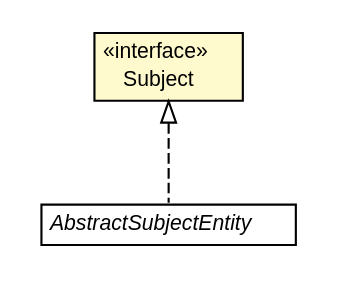
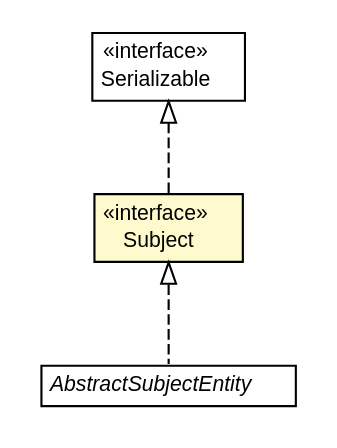
One commit to dayatang/dddlib changed the diagram in dddlib-observer/apidocs/org/dayatang/observer/Subject.dot. Above: the diagram before and after it, drawn with Graphviz. The commit also changed 113 other files, not shown here.

```diff
--- a/dddlib-observer/apidocs/org/dayatang/observer/Subject.dot
+++ b/dddlib-observer/apidocs/org/dayatang/observer/Subject.dot
@@ -1,27 +1,36 @@
 #!/usr/local/bin/dot
 #
 # Class diagram 
 # Generated by UMLGraph version R5_6_6-8-g8d7759 (http://www.umlgraph.org/)
 #
 
 digraph G {
 	edge [fontname="Helvetica",fontsize=10,labelfontname="Helvetica",labelfontsize=10];
 	node [fontname="Helvetica",fontsize=10,shape=plaintext];
 	nodesep=0.25;
 	ranksep=0.5;
 	// org.dayatang.observer.Subject
-	c24 [label=<<table title="org.dayatang.observer.Subject" border="0" cellborder="1" cellspacing="0" cellpadding="2" port="p" bgcolor="lemonChiffon" href="./Subject.html">
+	c17 [label=<<table title="org.dayatang.observer.Subject" border="0" cellborder="1" cellspacing="0" cellpadding="2" port="p" bgcolor="lemonChiffon" href="./Subject.html">
 		<tr><td><table border="0" cellspacing="0" cellpadding="1">
 <tr><td align="center" balign="center"> &#171;interface&#187; </td></tr>
 <tr><td align="center" balign="center"> Subject </td></tr>
 		</table></td></tr>
 		</table>>, URL="./Subject.html", fontname="Helvetica", fontcolor="black", fontsize=10.0];
 	// org.dayatang.observer.AbstractSubjectEntity
-	c26 [label=<<table title="org.dayatang.observer.AbstractSubjectEntity" border="0" cellborder="1" cellspacing="0" cellpadding="2" port="p" href="./AbstractSubjectEntity.html">
+	c19 [label=<<table title="org.dayatang.observer.AbstractSubjectEntity" border="0" cellborder="1" cellspacing="0" cellpadding="2" port="p" href="./AbstractSubjectEntity.html">
 		<tr><td><table border="0" cellspacing="0" cellpadding="1">
 <tr><td align="center" balign="center"><font face="Helvetica-Oblique"> AbstractSubjectEntity </font></td></tr>
 		</table></td></tr>
 		</table>>, URL="./AbstractSubjectEntity.html", fontname="Helvetica", fontcolor="black", fontsize=10.0];
+	//org.dayatang.observer.Subject implements java.io.Serializable
+	c20:p -> c17:p [dir=back,arrowtail=empty,style=dashed];
 	//org.dayatang.observer.AbstractSubjectEntity implements org.dayatang.observer.Subject
-	c24:p -> c26:p [dir=back,arrowtail=empty,style=dashed];
+	c17:p -> c19:p [dir=back,arrowtail=empty,style=dashed];
+	// java.io.Serializable
+	c20 [label=<<table title="java.io.Serializable" border="0" cellborder="1" cellspacing="0" cellpadding="2" port="p" href="http://download.oracle.com/javase/7/docs/api/java/io/Serializable.html">
+		<tr><td><table border="0" cellspacing="0" cellpadding="1">
+<tr><td align="center" balign="center"> &#171;interface&#187; </td></tr>
+<tr><td align="center" balign="center"> Serializable </td></tr>
+		</table></td></tr>
+		</table>>, URL="http://download.oracle.com/javase/7/docs/api/java/io/Serializable.html", fontname="Helvetica", fontcolor="black", fontsize=10.0];
 }
```
